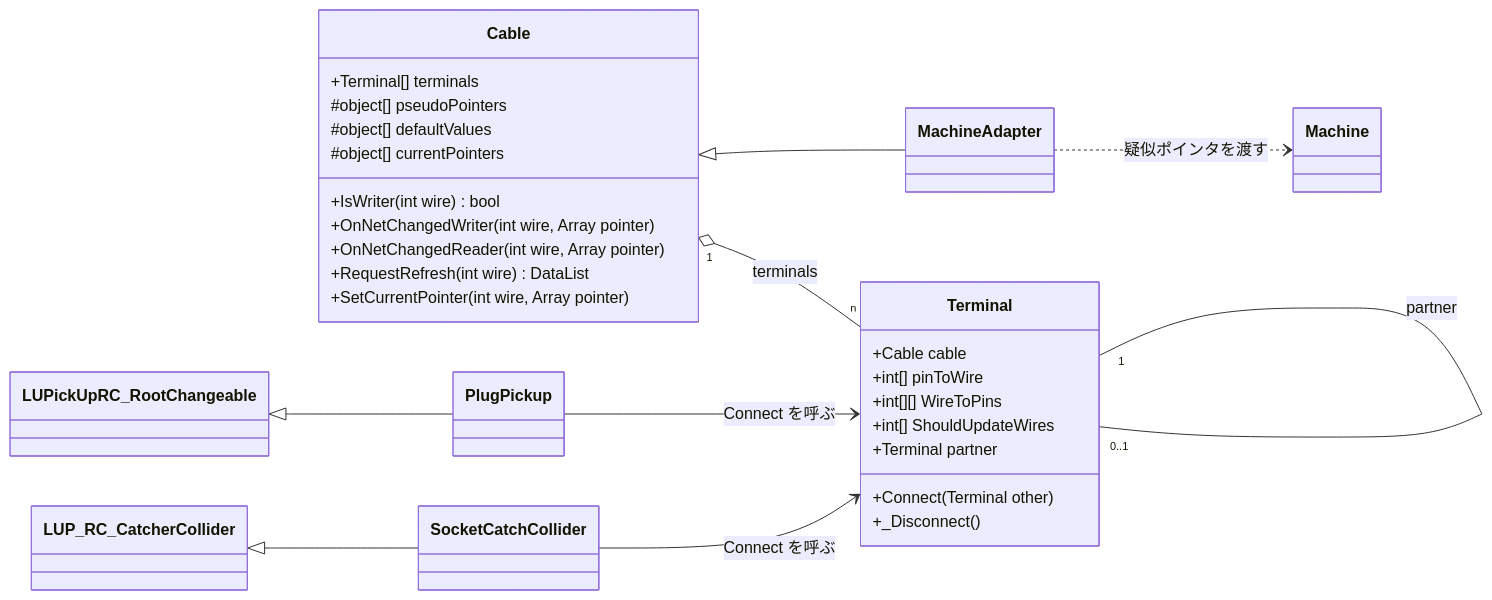
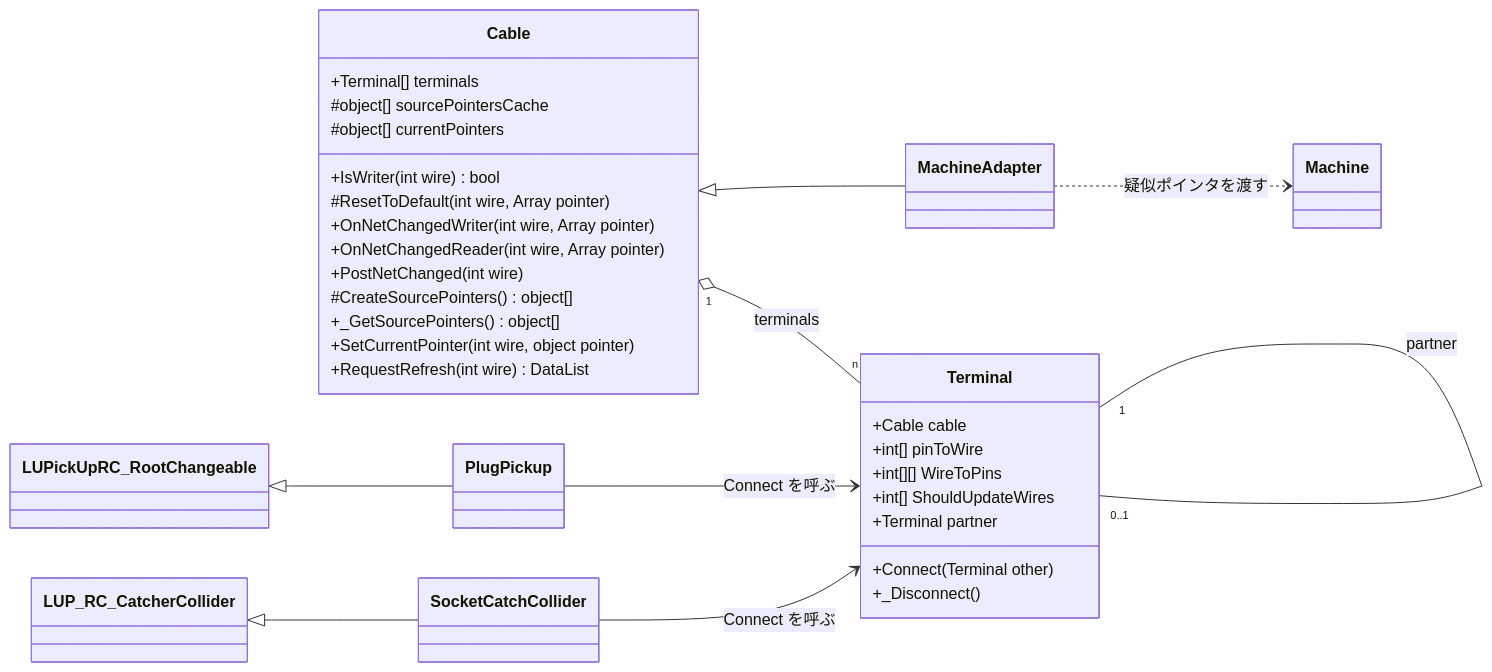
Before and after one commit to frou01/UdonSharpPickupCable: the first of 3 diagrams in Design.md, drawn with Mermaid. The commit also changed other lines of this file, not shown here.

````diff
--- a/Design.md
+++ b/Design.md
@@ -68,36 +79,39 @@
 ```mermaid
 classDiagram
   direction LR
   class Cable {
     +Terminal[] terminals
-    #object[] pseudoPointers
-    #object[] defaultValues
+    #object[] sourcePointersCache
     #object[] currentPointers
     +IsWriter(int wire) bool
+    #ResetToDefault(int wire, Array pointer)
     +OnNetChangedWriter(int wire, Array pointer)
     +OnNetChangedReader(int wire, Array pointer)
+    +PostNetChanged(int wire)
+    #CreateSourcePointers() object[]
+    +_GetSourcePointers() object[]
+    +SetCurrentPointer(int wire, object pointer)
     +RequestRefresh(int wire) DataList
-    +SetCurrentPointer(int wire, Array pointer)
   }
   class Terminal {
     +Cable cable
     +int[] pinToWire
     +int[][] WireToPins
     +int[] ShouldUpdateWires
     +Terminal partner
     +Connect(Terminal other)
     +_Disconnect()
   }
   class MachineAdapter
   class Machine
   class PlugPickup
   class SocketCatchCollider
   Cable "1" o-- "n" Terminal : terminals
   Terminal "1" -- "0..1" Terminal : partner
   Cable <|-- MachineAdapter
   MachineAdapter ..> Machine : 疑似ポインタを渡す
   PlugPickup --> Terminal : Connect を呼ぶ
   SocketCatchCollider --> Terminal : Connect を呼ぶ
   LUPickUpRC_RootChangeable <|-- PlugPickup
   LUP_RC_CatcherCollider <|-- SocketCatchCollider
 ```
````
